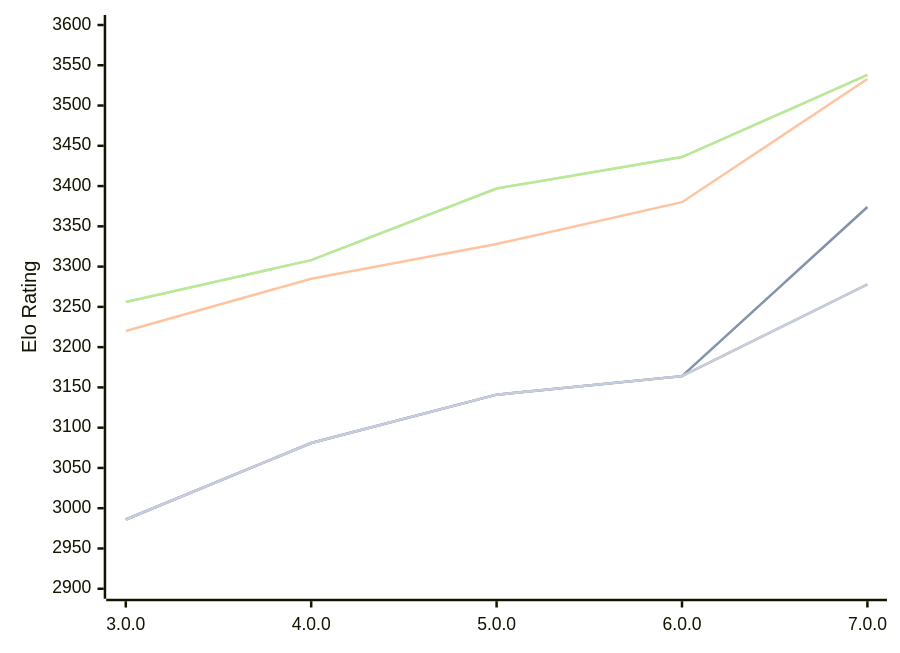
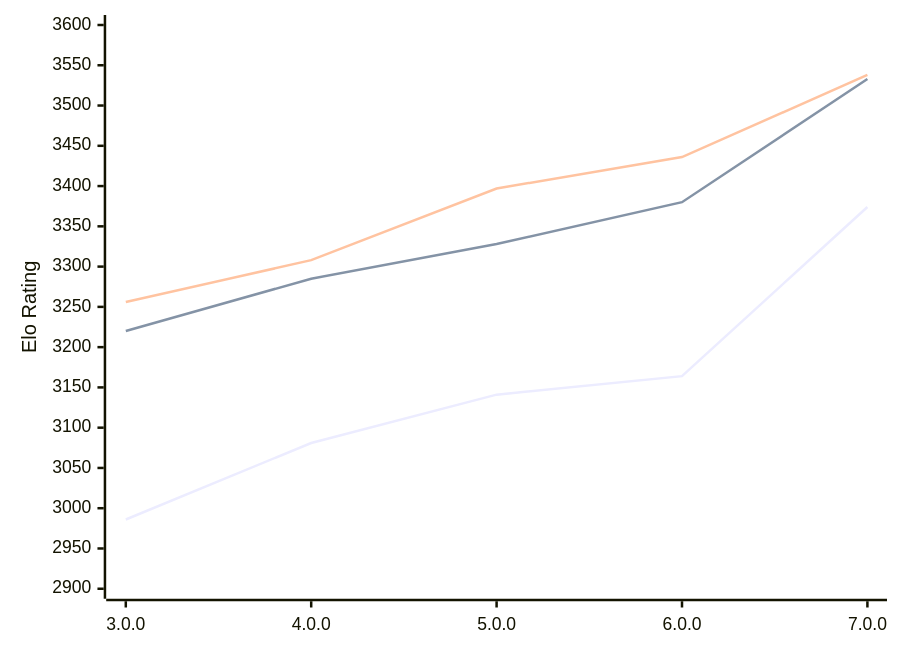
Before and after one commit to computer-chess-index/cci: the diagram in engines/Minke.md, drawn with Mermaid. The commit also changed other lines of this file, not shown here.

````diff
--- a/engines/Minke.md
+++ b/engines/Minke.md
@@ -51,13 +51,9 @@
 ```mermaid
 %%{init: {"theme":"base","themeVariables":{"seriesColors:['#a3a3a3','#222221','#faa371']}}}%%
 xychart-beta
   x-axis ["3.0.0", "4.0.0", "5.0.0", "6.0.0", "7.0.0"]
   y-axis "Elo Rating" 2900 --> 3600
-  line "" [2986, 3081, 3141, 3164, 3374]
   line "T1: STC (8.0+0.08s)" [2986, 3081, 3141, 3164, 3374]
   line "T1: LTC (60.0+0.60s)" [3220, 3285, 3328, 3380, 3533]
-  line "" [3256, 3308, 3397, 3436, 3538]
   line "T1: VLTC (2m24s+1.12s)" [3256, 3308, 3397, 3436, 3538]
-  line "" [2986, 3081, 3141, 3164,3278]
-  line "E1: STC (8.0+0.08s)" [2986, 3081, 3141, 3164,3278]
 ```
````
